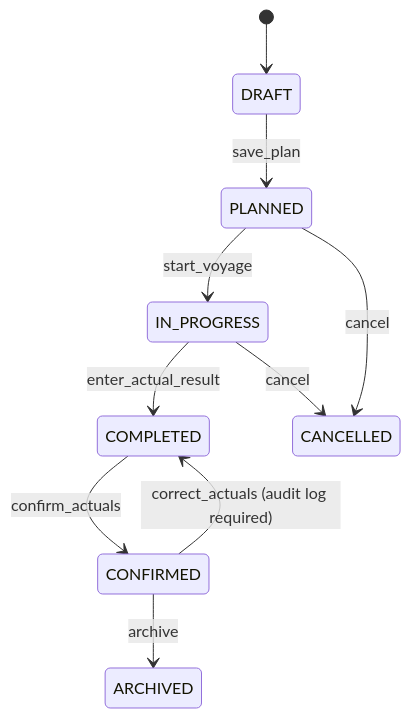
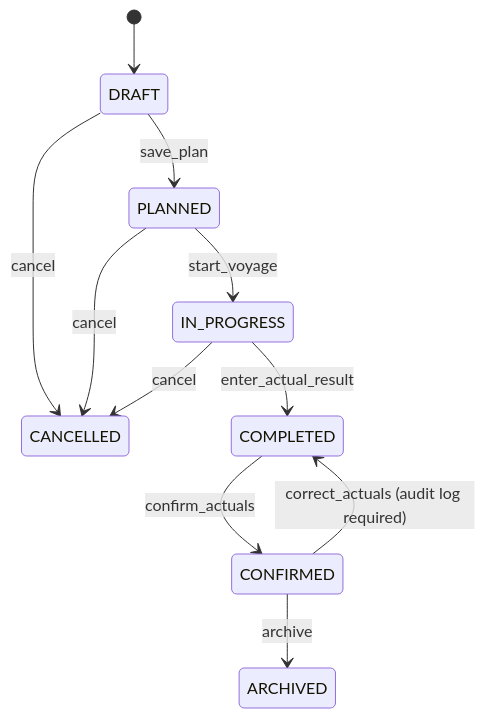
Before and after one commit to 26-hp043/26_HP043: the second of 3 diagrams in PRD.md, drawn with Mermaid. The commit also changed other lines of this file and 8 other files, not shown here.

````diff
--- a/PRD.md
+++ b/PRD.md
@@ -931,12 +931,13 @@
 ```mermaid
 stateDiagram-v2
     [*] --> DRAFT
     DRAFT --> PLANNED: save_plan
+    DRAFT --> CANCELLED: cancel
     PLANNED --> IN_PROGRESS: start_voyage
     IN_PROGRESS --> COMPLETED: enter_actual_result
     COMPLETED --> CONFIRMED: confirm_actuals
     PLANNED --> CANCELLED: cancel
     IN_PROGRESS --> CANCELLED: cancel
     CONFIRMED --> ARCHIVED: archive
     CONFIRMED --> COMPLETED: correct_actuals (audit log required)
 ```
````
